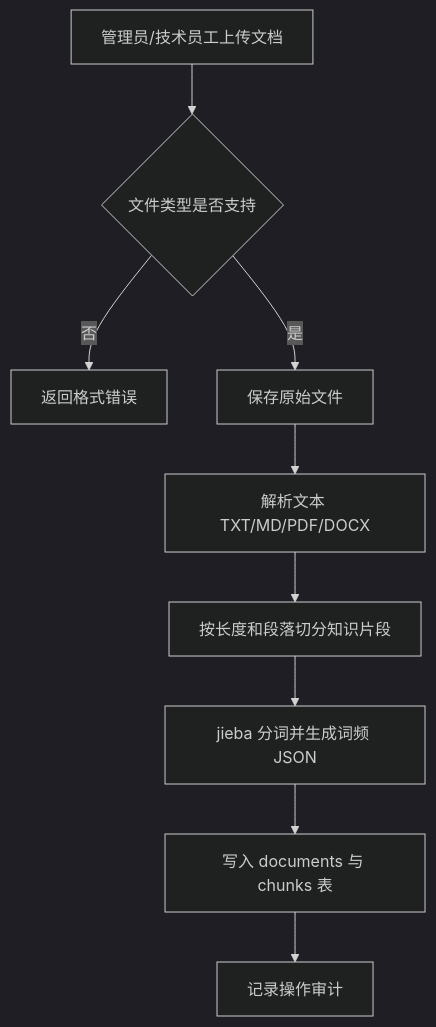
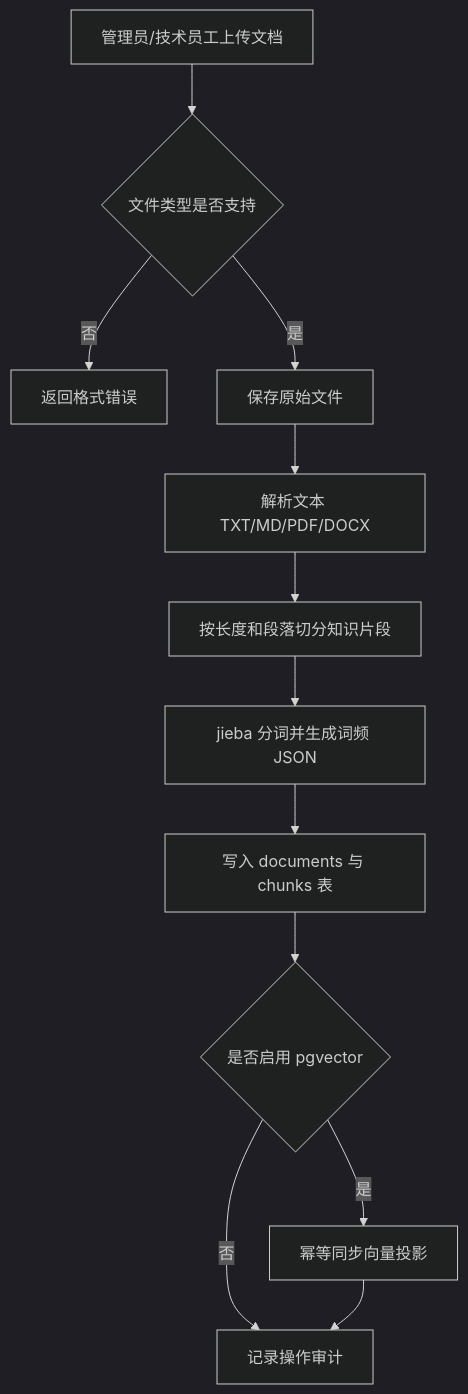
Before and after one commit to 54sbkyc/enterprise-rag-ai-agent-platform: the second of 4 diagrams in docs/system_architecture.md, drawn with Mermaid (dark theme). The commit also changed other lines of this file and 18 other files, not shown here.

````diff
--- a/docs/system_architecture.md
+++ b/docs/system_architecture.md
@@ -34,11 +36,14 @@
 ```mermaid
 flowchart TD
     A["管理员/技术员工上传文档"] --> B{"文件类型是否支持"}
     B -- "否" --> C["返回格式错误"]
     B -- "是" --> D["保存原始文件"]
     D --> E["解析文本 TXT/MD/PDF/DOCX"]
     E --> F["按长度和段落切分知识片段"]
     F --> G["jieba 分词并生成词频 JSON"]
     G --> H["写入 documents 与 chunks 表"]
-    H --> I["记录操作审计"]
+    H --> V{"是否启用 pgvector"}
+    V -- "是" --> P["幂等同步向量投影"]
+    V -- "否" --> I["记录操作审计"]
+    P --> I
 ```
````
